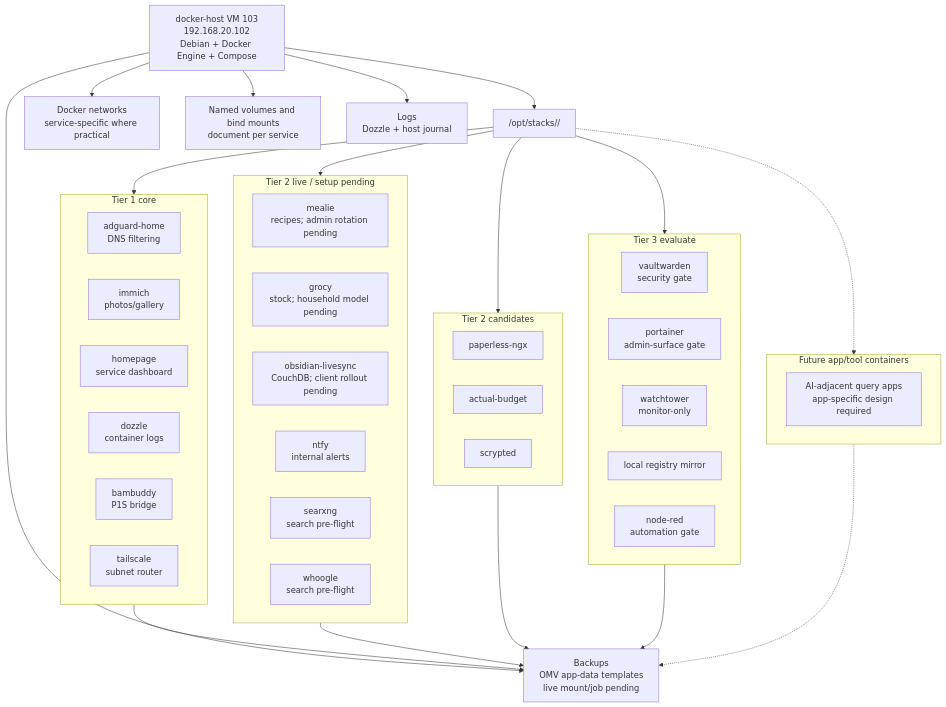
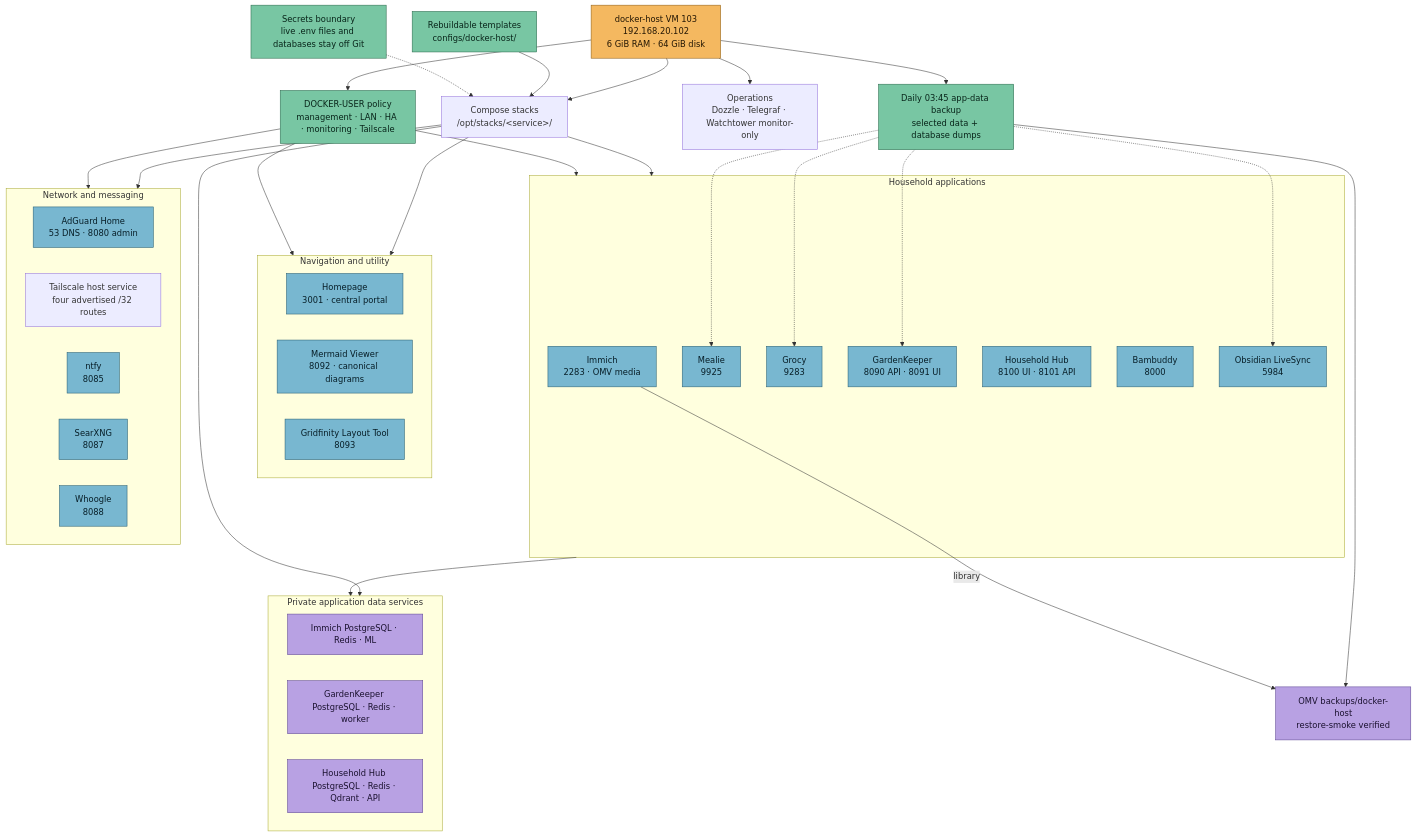
Before and after one commit to Nysplaidame/home-automation-project: the diagram in main/docs/diagrams/infrastructure/docker-host-service-placement.mermaid, drawn with Mermaid. The commit also changed 61 other files, not shown here.

Commit message:
feat(portal): refine navigation workspace

```diff
--- a/main/docs/diagrams/infrastructure/docker-host-service-placement.mermaid
+++ b/main/docs/diagrams/infrastructure/docker-host-service-placement.mermaid
@@ -1,60 +1,70 @@
 flowchart TB
-    DockerHost["docker-host VM 103<br/>192.168.20.102<br/>Debian + Docker Engine + Compose"]
-    Stacks["/opt/stacks/<service>/"]
-    Network["Docker networks<br/>service-specific where practical"]
-    Volumes["Named volumes and bind mounts<br/>document per service"]
-    Backups["Backups<br/>OMV app-data templates<br/>live mount/job pending"]
-    Logs["Logs<br/>Dozzle + host journal"]
+    DockerHost["docker-host VM 103<br/>192.168.20.102<br/>6 GiB RAM · 64 GiB disk"]
+    Compose["Compose stacks<br/>/opt/stacks/&lt;service&gt;/"]
+    Firewall["DOCKER-USER policy<br/>management · LAN · HA · monitoring · Tailscale"]
+    Observability["Operations<br/>Dozzle · Telegraf · Watchtower monitor-only"]
+    BackupJob["Daily 03:45 app-data backup<br/>selected data + database dumps"]
+    OMV["OMV backups/docker-host<br/>restore-smoke verified"]
 
-    DockerHost --> Stacks
-    DockerHost --> Network
-    DockerHost --> Volumes
-    DockerHost --> Backups
-    DockerHost --> Logs
+    DockerHost --> Compose
+    DockerHost --> Firewall
+    DockerHost --> Observability
+    DockerHost --> BackupJob --> OMV
 
-    subgraph Tier1["Tier 1 core"]
-        AdGuard["adguard-home<br/>DNS filtering"]
-        Immich["immich<br/>photos/gallery"]
-        Homepage["homepage<br/>service dashboard"]
-        Dozzle["dozzle<br/>container logs"]
-        Bambuddy["bambuddy<br/>P1S bridge"]
-        Tailscale["tailscale<br/>subnet router"]
+    subgraph Navigation["Navigation and utility"]
+        Homepage["Homepage<br/>3001 · central portal"]
+        Mermaid["Mermaid Viewer<br/>8092 · canonical diagrams"]
+        Gridfinity["Gridfinity Layout Tool<br/>8093"]
     end
 
-    subgraph Tier2Live["Tier 2 live / setup pending"]
-        Mealie["mealie<br/>recipes; admin rotation pending"]
-        Grocy["grocy<br/>stock; household model pending"]
-        LiveSync["obsidian-livesync<br/>CouchDB; client rollout pending"]
-        Ntfy["ntfy<br/>internal alerts"]
-        SearXNG["searxng<br/>search pre-flight"]
-        Whoogle["whoogle<br/>search pre-flight"]
+    subgraph Household["Household applications"]
+        Immich["Immich<br/>2283 · OMV media"]
+        Mealie["Mealie<br/>9925"]
+        Grocy["Grocy<br/>9283"]
+        Garden["GardenKeeper<br/>8090 API · 8091 UI"]
+        Hub["Household Hub<br/>8100 UI · 8101 API"]
+        Bambuddy["Bambuddy<br/>8000"]
+        LiveSync["Obsidian LiveSync<br/>5984"]
     end
 
-    subgraph Tier2Candidates["Tier 2 candidates"]
-        Paperless["paperless-ngx"]
-        Actual["actual-budget"]
-        Scrypted["scrypted"]
+    subgraph NetworkServices["Network and messaging"]
+        AdGuard["AdGuard Home<br/>53 DNS · 8080 admin"]
+        Tailscale["Tailscale host service<br/>four advertised /32 routes"]
+        Ntfy["ntfy<br/>8085"]
+        SearXNG["SearXNG<br/>8087"]
+        Whoogle["Whoogle<br/>8088"]
     end
 
-    subgraph Tier3["Tier 3 evaluate"]
-        Vaultwarden["vaultwarden<br/>security gate"]
-        Portainer["portainer<br/>admin-surface gate"]
-        Watchtower["watchtower<br/>monitor-only"]
-        Registry["local registry mirror"]
-        NodeRED["node-red<br/>automation gate"]
+    subgraph DataServices["Private application data services"]
+        ImmichData["Immich PostgreSQL · Redis · ML"]
+        GardenData["GardenKeeper PostgreSQL · Redis · worker"]
+        HubData["Household Hub PostgreSQL · Redis · Qdrant · API"]
     end
 
-    subgraph Future["Future app/tool containers"]
-        QueryApps["AI-adjacent query apps<br/>app-specific design required"]
-    end
+    Compose --> Navigation
+    Compose --> Household
+    Compose --> NetworkServices
+    Compose --> DataServices
+    Firewall --> Navigation
+    Firewall --> Household
+    Firewall --> NetworkServices
+    Household --> DataServices
+    Immich -->|"library"| OMV
+    BackupJob -.-> Mealie
+    BackupJob -.-> Grocy
+    BackupJob -.-> Garden
+    BackupJob -.-> LiveSync
 
-    Stacks --> Tier1
-    Stacks --> Tier2Live
-    Stacks --> Tier2Candidates
-    Stacks --> Tier3
-    Stacks -.-> Future
-    Tier1 --> Backups
-    Tier2Live --> Backups
-    Tier2Candidates --> Backups
-    Tier3 --> Backups
-    Future -.-> Backups
+    Secrets["Secrets boundary<br/>live .env files and databases stay off Git"]
+    Templates["Rebuildable templates<br/>configs/docker-host/"]
+    Templates --> Compose
+    Secrets -.-> Compose
+
+    classDef host fill:#f4b860,stroke:#8a5a12,color:#241704
+    classDef app fill:#78b7d0,stroke:#245b70,color:#071e27
+    classDef data fill:#b8a1e3,stroke:#5b4391,color:#1b1230
+    classDef policy fill:#78c6a3,stroke:#276749,color:#08251a
+    class DockerHost host
+    class Homepage,Mermaid,Gridfinity,Immich,Mealie,Grocy,Garden,Hub,Bambuddy,LiveSync,AdGuard,Ntfy,SearXNG,Whoogle app
+    class ImmichData,GardenData,HubData,OMV data
+    class Firewall,BackupJob,Secrets,Templates policy
```
